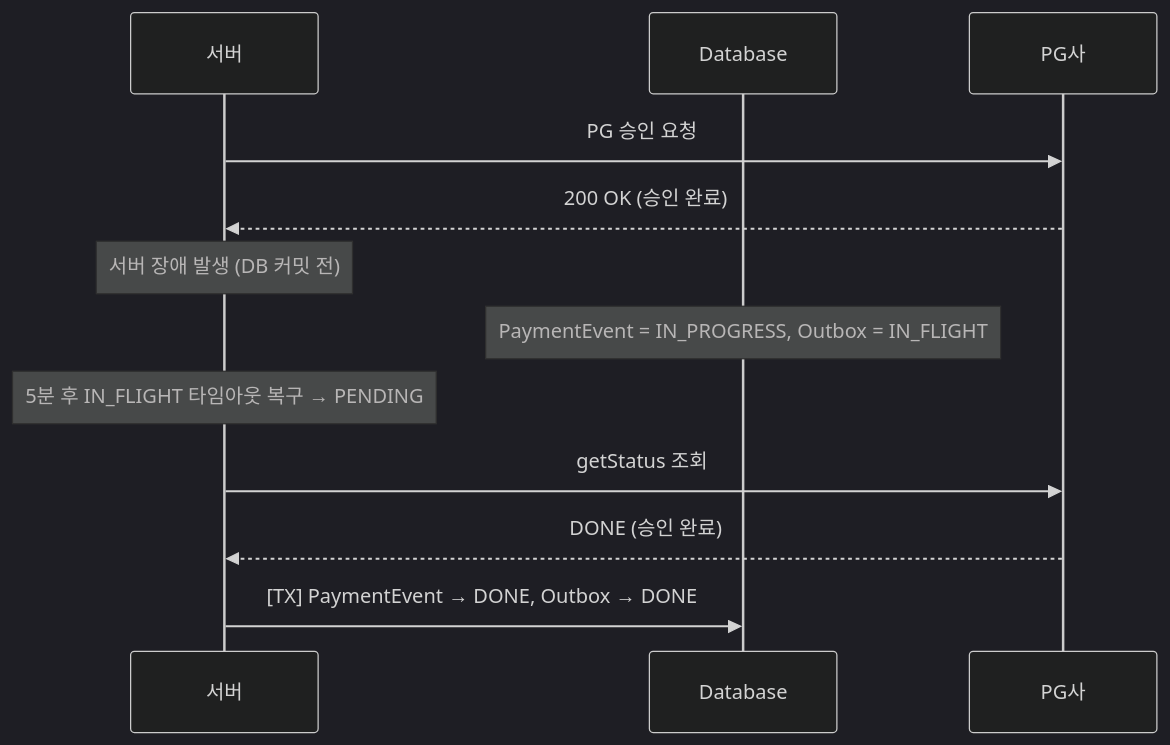
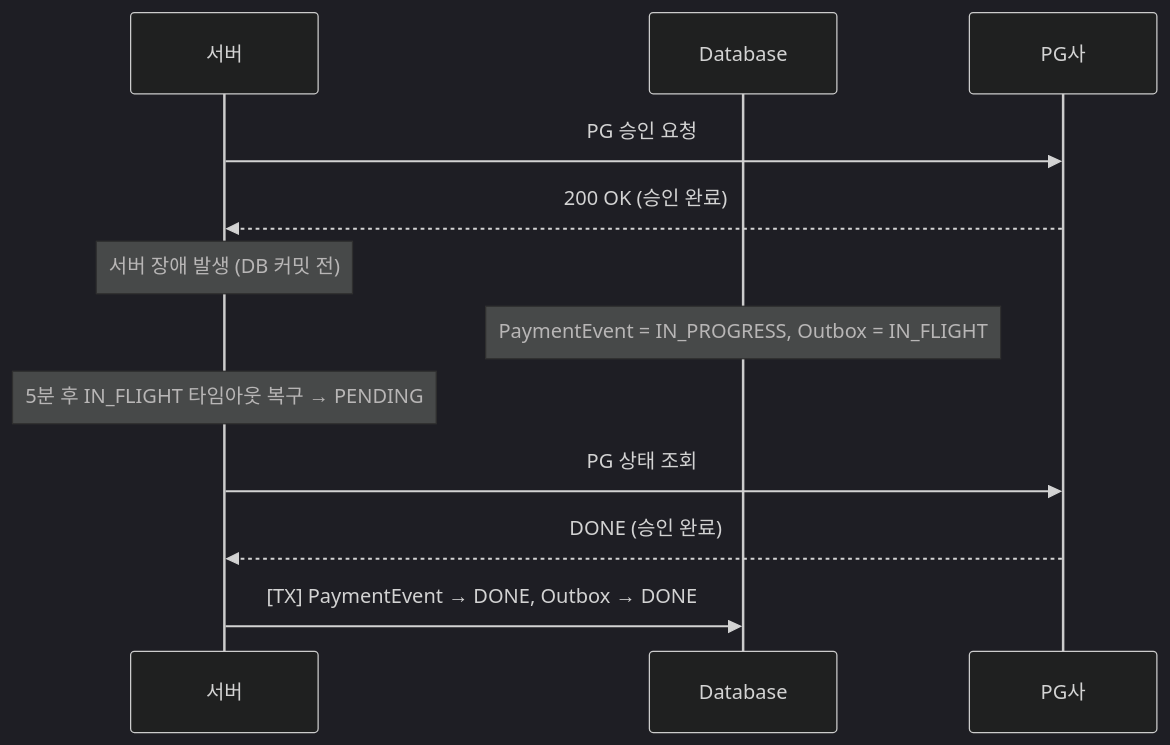
The sixth of 10 diagrams in src/content/docs/blog/payment-recovery-state-design.md (hyoguoo/hyoguoo.github.io), drawn with Mermaid (dark theme) before and after one commit. The commit also changed other lines of this file, not shown here.

````diff
--- a/src/content/docs/blog/payment-recovery-state-design.md
+++ b/src/content/docs/blog/payment-recovery-state-design.md
@@ -275,14 +321,14 @@
 ```mermaid
 sequenceDiagram
     participant S as 서버
     participant DB as Database
     participant PG as PG사
     S ->> PG: PG 승인 요청
     PG -->> S: 200 OK (승인 완료)
     Note over S: 서버 장애 발생 (DB 커밋 전)
     Note over DB: PaymentEvent = IN_PROGRESS, Outbox = IN_FLIGHT
     Note over S: 5분 후 IN_FLIGHT 타임아웃 복구 → PENDING
-    S ->> PG: getStatus 조회
+    S ->> PG: PG 상태 조회
     PG -->> S: DONE (승인 완료)
     S ->> DB: [TX] PaymentEvent → DONE, Outbox → DONE
 ```
````
